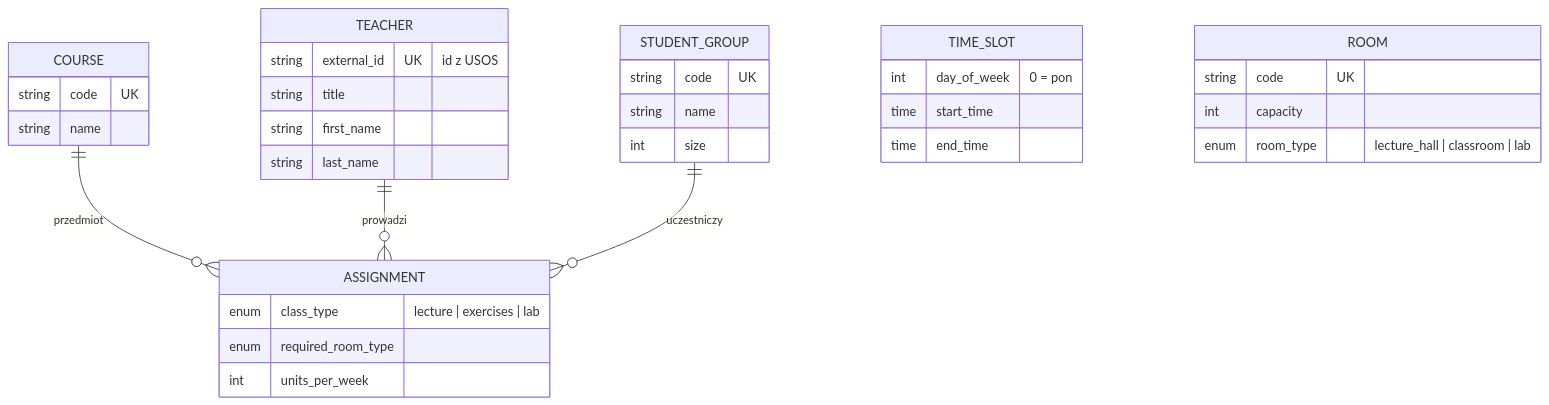
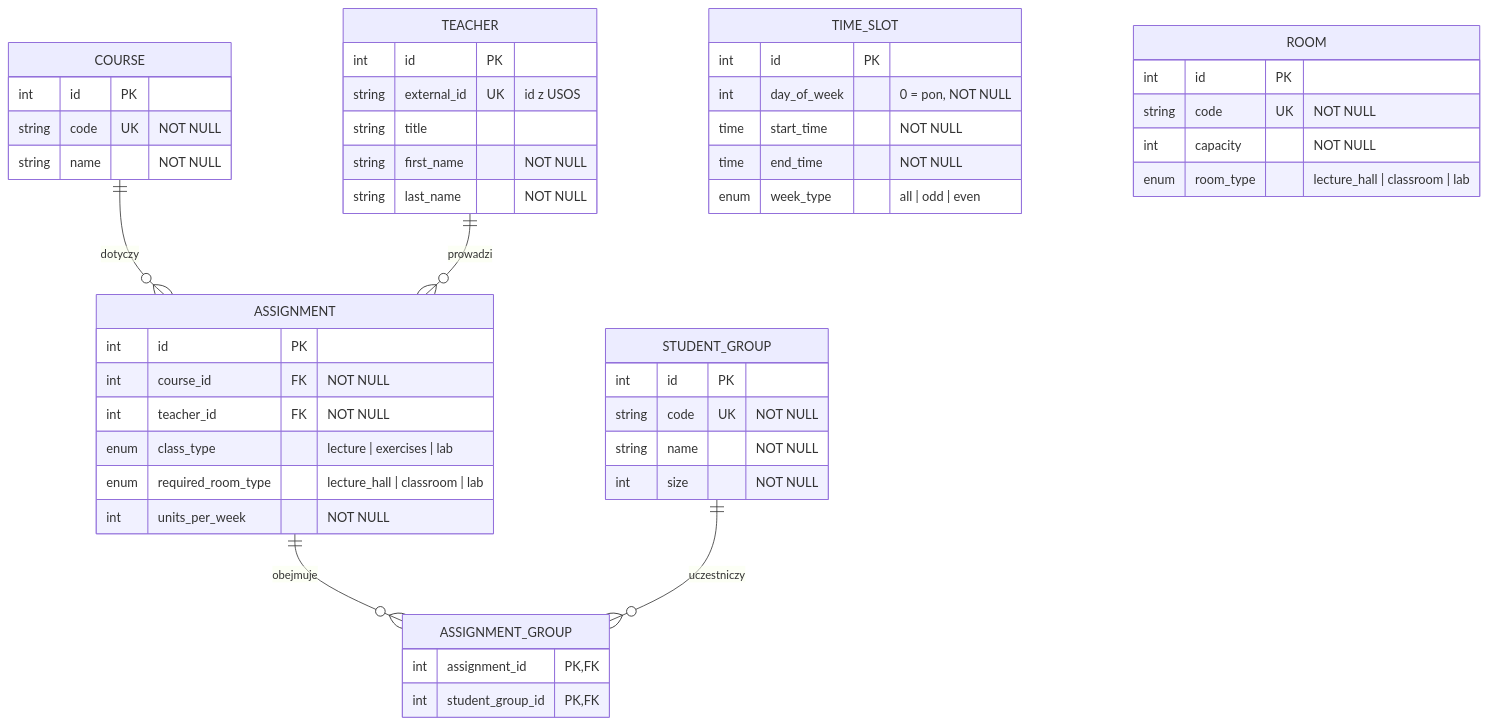
Before and after one commit to AleksyBukowski/ukladanie-planu-wmi: the second of 2 diagrams in docs/architektura.md, drawn with Mermaid.

Commit message:
SCRUM-19: dodanie diagramu ERD dla podstawowych encji
- dodanie kluczy głównych (PK) i obcych (FK) pod implementację w SQLAlchemy
- wprowadzenie relacji M:N (ASSIGNMENT_GROUP) dla obsługi wykładów łączonych
- pozostawienie TIME_SLOT i ROOM jako tabel słownikowych pod wersjonowanie planu (FR-11/FR-15)
- dodanie pola week_type w TIME_SLOT oraz ujednolicenie typów enum i ograniczeń NOT NULL

````diff
--- a/docs/architektura.md
+++ b/docs/architektura.md
@@ -33,37 +33,51 @@
 ```mermaid
 erDiagram
-    COURSE ||--o{ ASSIGNMENT : "przedmiot"
+    COURSE ||--o{ ASSIGNMENT : "dotyczy"
     TEACHER ||--o{ ASSIGNMENT : "prowadzi"
-    STUDENT_GROUP ||--o{ ASSIGNMENT : "uczestniczy"
+    ASSIGNMENT ||--o{ ASSIGNMENT_GROUP : "obejmuje"
+    STUDENT_GROUP ||--o{ ASSIGNMENT_GROUP : "uczestniczy"
 
     TIME_SLOT {
-        int day_of_week "0 = pon"
-        time start_time
-        time end_time
+        int id PK
+        int day_of_week "0 = pon, NOT NULL"
+        time start_time "NOT NULL"
+        time end_time "NOT NULL"
+        enum week_type "all | odd | even"
     }
     ROOM {
-        string code UK
-        int capacity
+        int id PK
+        string code UK "NOT NULL"
+        int capacity "NOT NULL"
         enum room_type "lecture_hall | classroom | lab"
     }
     STUDENT_GROUP {
-        string code UK
-        string name
-        int size
+        int id PK
+        string code UK "NOT NULL"
+        string name "NOT NULL"
+        int size "NOT NULL"
     }
     TEACHER {
+        int id PK
         string external_id UK "id z USOS"
         string title
-        string first_name
-        string last_name
+        string first_name "NOT NULL"
+        string last_name "NOT NULL"
     }
     COURSE {
-        string code UK
-        string name
+        int id PK
+        string code UK "NOT NULL"
+        string name "NOT NULL"
     }
     ASSIGNMENT {
+        int id PK
+        int course_id FK "NOT NULL"
+        int teacher_id FK "NOT NULL"
         enum class_type "lecture | exercises | lab"
-        enum required_room_type
-        int units_per_week
+        enum required_room_type "lecture_hall | classroom | lab"
+        int units_per_week "NOT NULL"
+    }
+    ASSIGNMENT_GROUP {
+        int assignment_id PK, FK
+        int student_group_id PK, FK
     }
 ```
````
